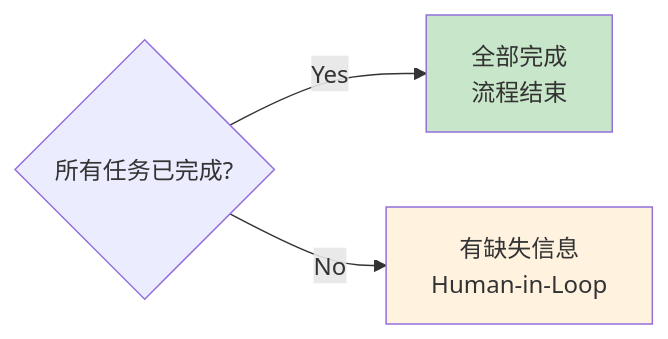
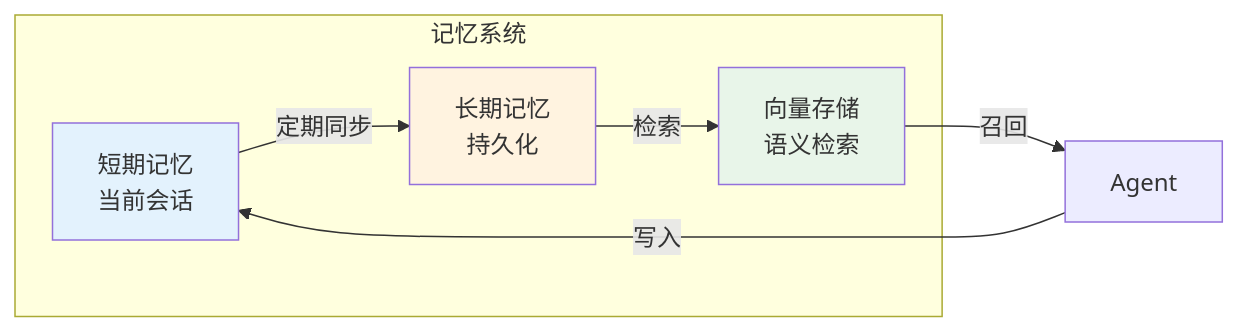
One commit to VincentGum/deep_eval_demo changed diagram 15 of 15 in report/DeepEval.1.0.md. Above: the diagram before and after it, drawn with Mermaid. The commit also changed other lines of this file and 3 other files, not shown here.

````diff
--- a/report/DeepEval.1.0.md
+++ b/report/DeepEval.1.0.md
@@ -791,8 +687,17 @@
 ```mermaid
 flowchart LR
-    A{所有任务已完成?} -->|Yes| B[全部完成<br/>流程结束]
-    A -->|No| C[有缺失信息<br/>Human-in-Loop]
-    
-    style B fill:#c8e6c9
-    style C fill:#fff3e0
+    subgraph Memory["记忆系统"]
+        M1[短期记忆<br/>当前会话]
+        M2[长期记忆<br/>持久化]
+        M3[向量存储<br/>语义检索]
+    end
+
+    Agent -->|写入| M1
+    M1 -->|定期同步| M2
+    M2 -->|检索| M3
+    M3 -->|召回| Agent
+
+    style M1 fill:#e3f2fd
+    style M2 fill:#fff3e0
+    style M3 fill:#e8f5e9
 ```
````
